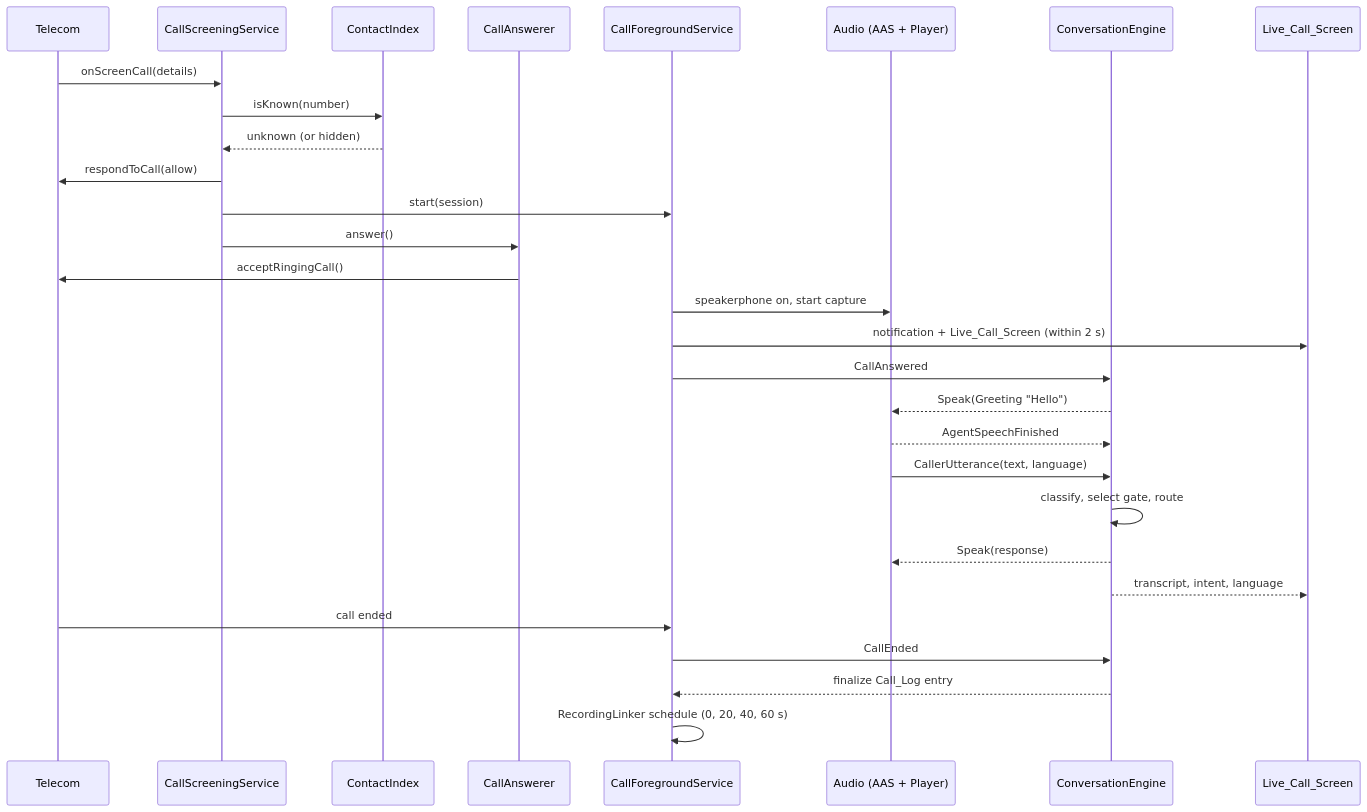
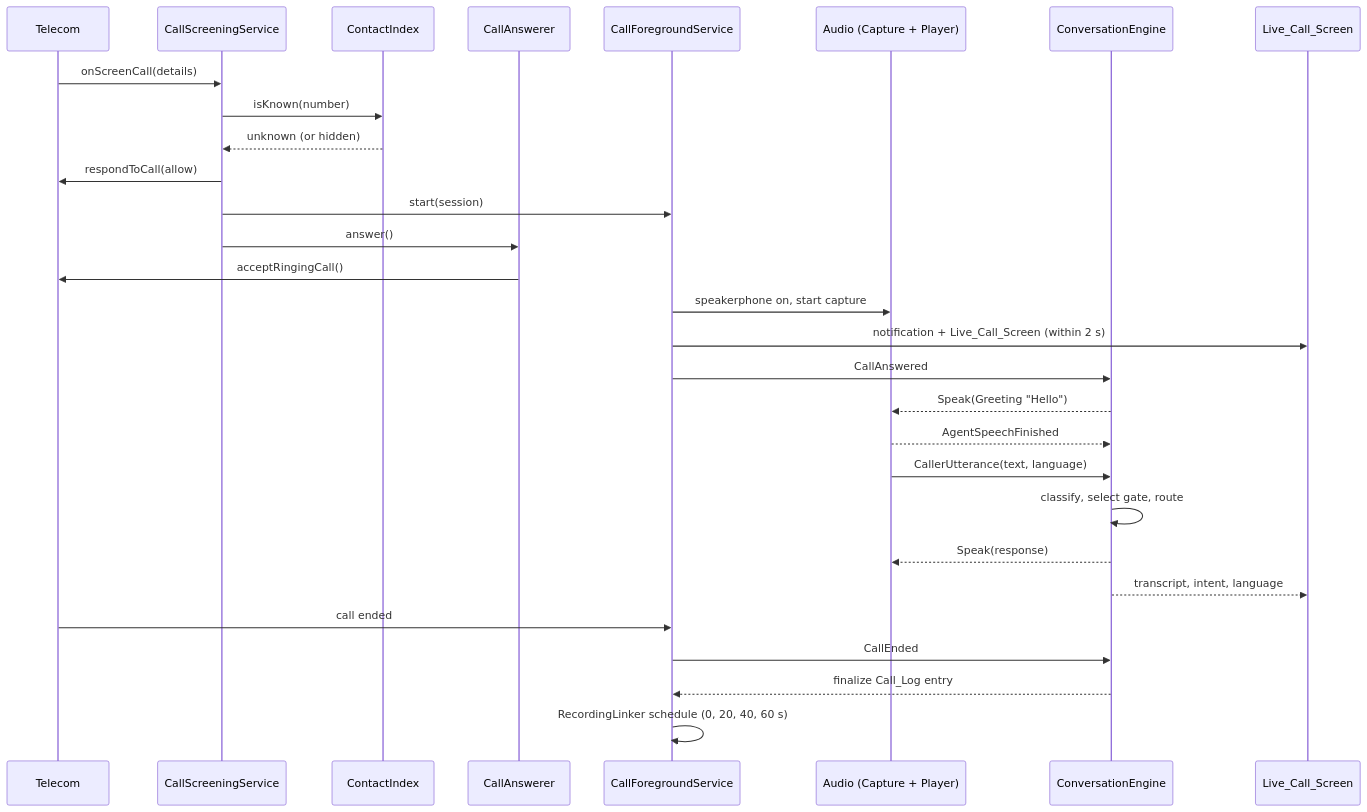
Before and after one commit to ankurldots/Call-Answer: the third of 5 diagrams in .kiro/specs/ai-call-screening-agent/design.md, drawn with Mermaid. The commit also changed other lines of this file and 78 other files, not shown here.

First line of the commit message:
Remove accessibility service, fix call start, audio playback and capture

````diff
--- a/.kiro/specs/ai-call-screening-agent/design.md
+++ b/.kiro/specs/ai-call-screening-agent/design.md
@@ -311,31 +309,31 @@
 ```mermaid
 sequenceDiagram
     participant Net as Telecom
     participant CS as CallScreeningService
     participant CI as ContactIndex
     participant CA as CallAnswerer
     participant FG as CallForegroundService
-    participant AU as Audio (AAS + Player)
+    participant AU as Audio (Capture + Player)
     participant EN as ConversationEngine
     participant UI as Live_Call_Screen
     Net->>CS: onScreenCall(details)
     CS->>CI: isKnown(number)
     CI-->>CS: unknown (or hidden)
     CS->>Net: respondToCall(allow)
     CS->>FG: start(session)
     CS->>CA: answer()
     CA->>Net: acceptRingingCall()
     FG->>AU: speakerphone on, start capture
     FG->>UI: notification + Live_Call_Screen (within 2 s)
     FG->>EN: CallAnswered
     EN-->>AU: Speak(Greeting "Hello")
     AU-->>EN: AgentSpeechFinished
     AU->>EN: CallerUtterance(text, language)
     EN->>EN: classify, select gate, route
     EN-->>AU: Speak(response)
     EN-->>UI: transcript, intent, language
     Net->>FG: call ended
     FG->>EN: CallEnded
     EN-->>FG: finalize Call_Log entry
     FG->>FG: RecordingLinker schedule (0, 20, 40, 60 s)
 ```
````
